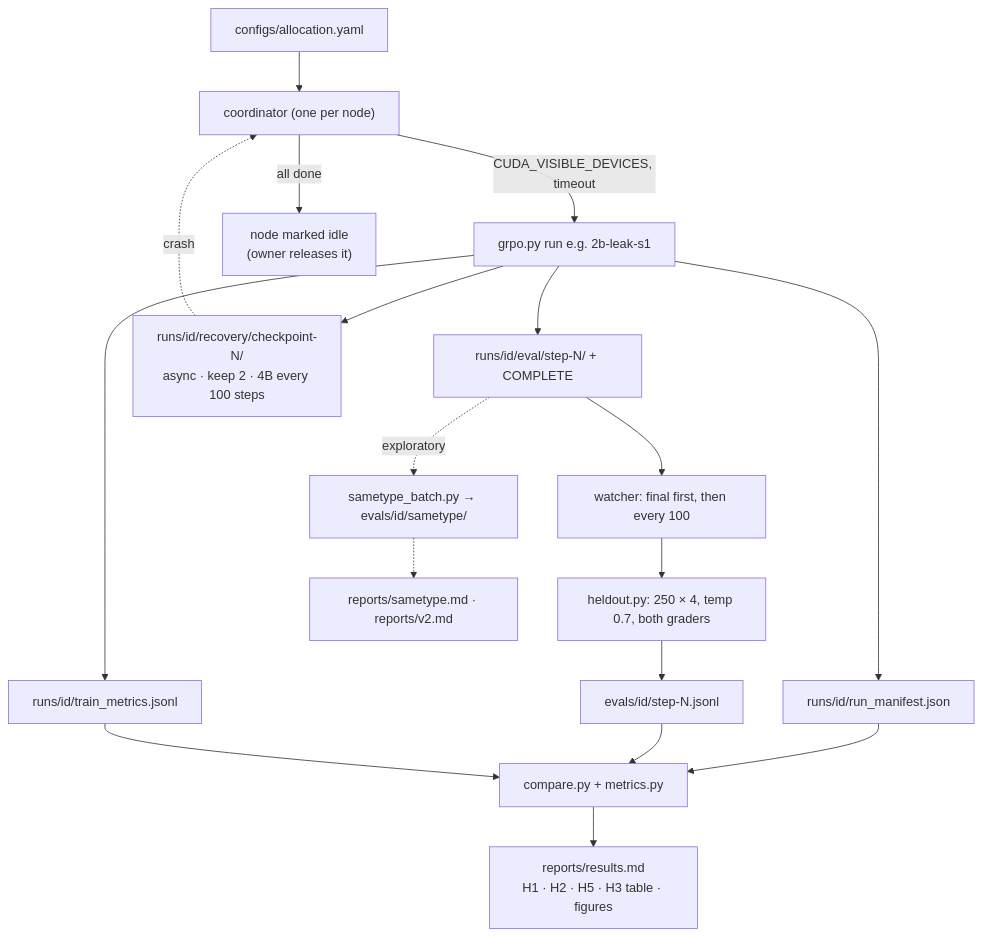
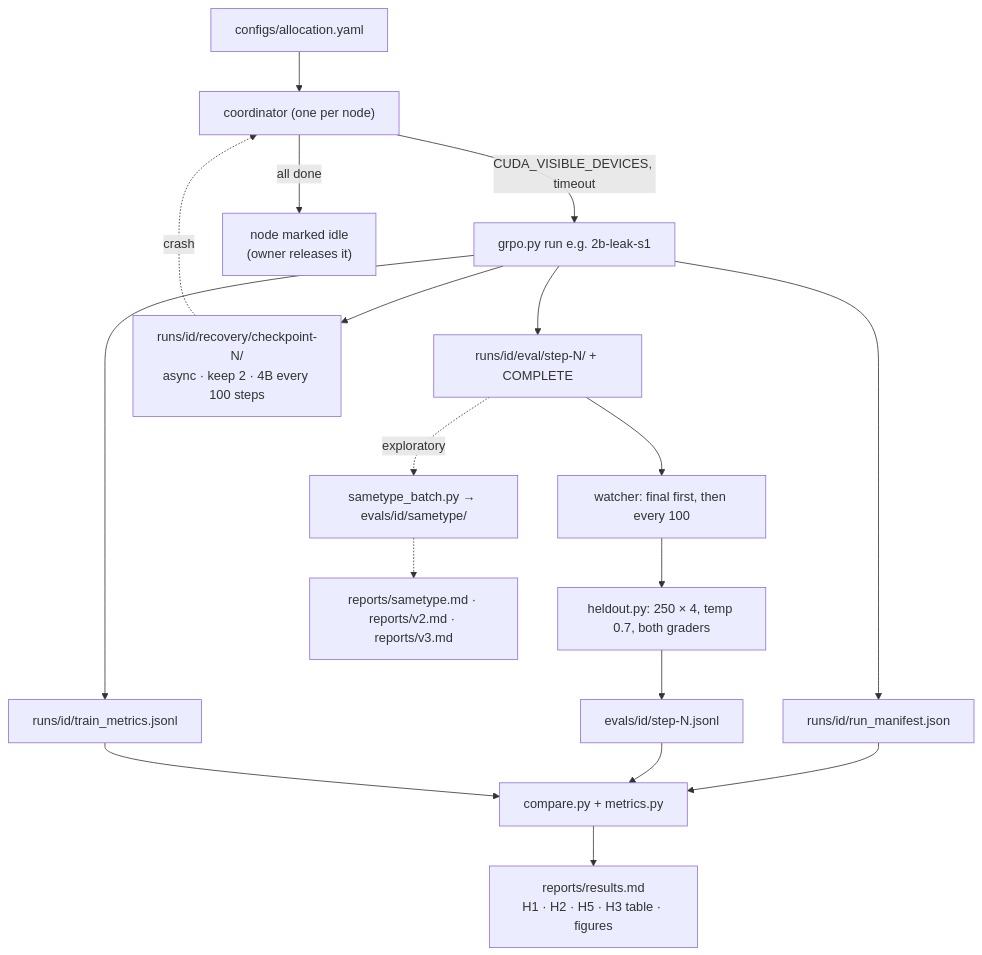
One commit to codexceed/rl-env-lab changed the sixth of 7 diagrams in ARCHITECTURE.md. Above: the diagram before and after it, drawn with Mermaid. The commit also changed other lines of this file and 4 other files, not shown here.

````diff
--- a/ARCHITECTURE.md
+++ b/ARCHITECTURE.md
@@ -172,20 +173,20 @@
 ```mermaid
 flowchart TD
   AL["configs/allocation.yaml"] --> CO["coordinator (one per node)"]
   CO -->|"CUDA_VISIBLE_DEVICES, timeout"| RUN["grpo.py run e.g. 2b-leak-s1"]
   RUN --> EW["runs/id/eval/step-N/ + COMPLETE"]
   RUN --> RC["runs/id/recovery/checkpoint-N/<br/>async · keep 2 · 4B every 100 steps"]
   RUN --> TM["runs/id/train_metrics.jsonl"]
   RUN --> MF["runs/id/run_manifest.json"]
   MF --> CMP
   RC -.->|crash| CO
   EW --> WA["watcher: final first, then every 100"]
   WA --> HO["heldout.py: 250 × 4, temp 0.7, both graders"]
   HO --> EJ["evals/id/step-N.jsonl"]
   EJ --> CMP["compare.py + metrics.py"]
   TM --> CMP
   CMP --> RES["reports/results.md<br/>H1 · H2 · H5 · H3 table · figures"]
   EW -.->|exploratory| SB["sametype_batch.py → evals/id/sametype/"]
-  SB -.-> SR["reports/sametype.md · reports/v2.md"]
+  SB -.-> SR["reports/sametype.md · reports/v2.md · reports/v3.md"]
   CO -->|"all done"| IDLE["node marked idle<br/>(owner releases it)"]
 ```
````
